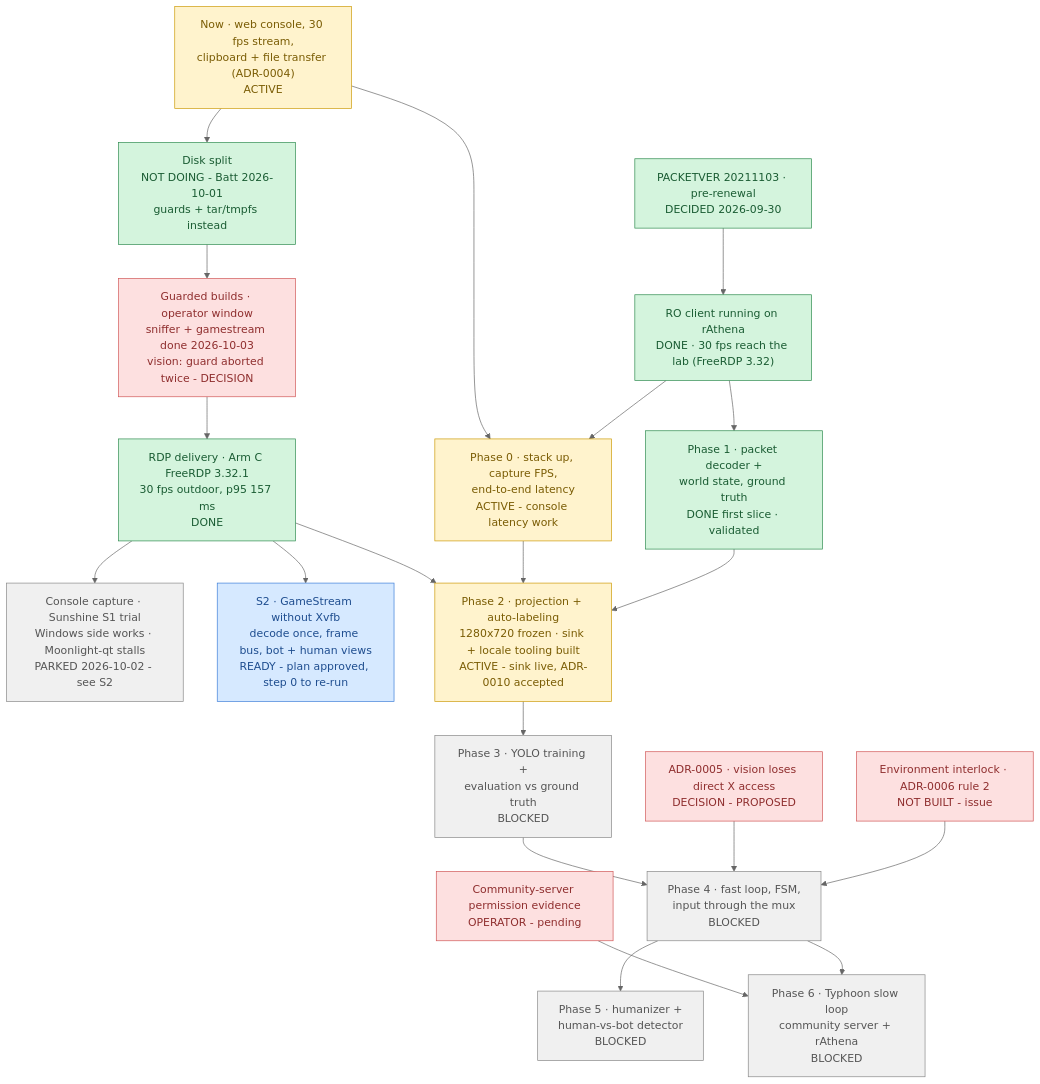
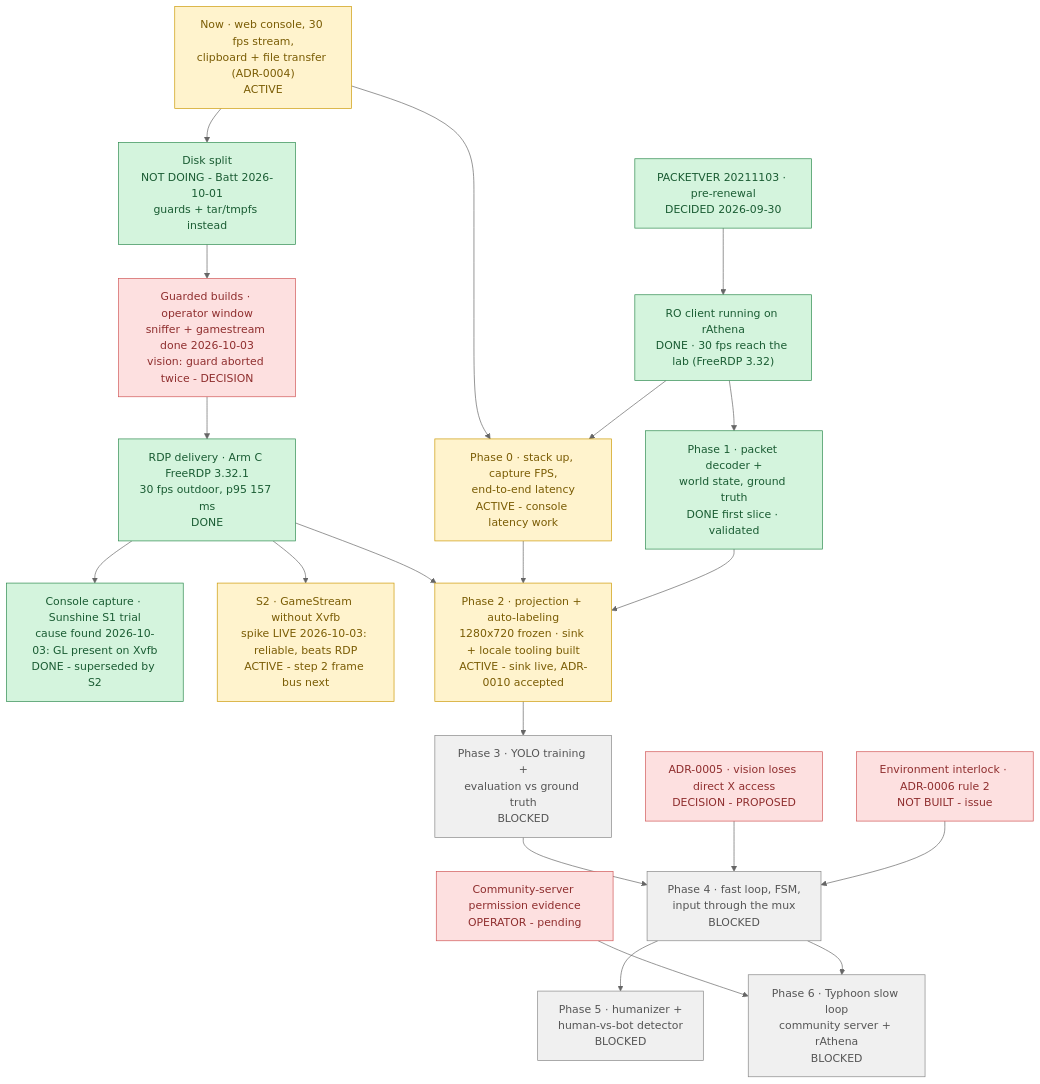
Before and after one commit to lumduan/poring-lab: the diagram in docs/ROADMAP.md, drawn with Mermaid (neutral theme). The commit also changed other lines of this file and 12 other files, not shown here.

````diff
--- a/docs/ROADMAP.md
+++ b/docs/ROADMAP.md
@@ -11,52 +11,51 @@
 ```mermaid
 flowchart TD
     N1["Now · web console, 30 fps stream,<br/>clipboard + file transfer (ADR-0004)<br/>ACTIVE"]
     N2["Disk split<br/>NOT DOING - Batt 2026-10-01<br/>guards + tar/tmpfs instead"]
     N3["Guarded builds · operator window<br/>sniffer + gamestream done 2026-10-03<br/>vision: guard aborted twice - DECISION"]
     D1["PACKETVER 20211103 · pre-renewal<br/>DECIDED 2026-09-30"]
     S1["RO client running on rAthena<br/>DONE · 30 fps reach the lab (FreeRDP 3.32)"]
     D2["ADR-0005 · vision loses direct X access<br/>DECISION - PROPOSED"]
     D3["Environment interlock · ADR-0006 rule 2<br/>NOT BUILT - issue"]
     E1["Community-server permission evidence<br/>OPERATOR - pending"]
     P0["Phase 0 · stack up, capture FPS,<br/>end-to-end latency<br/>ACTIVE - console latency work"]
     P1["Phase 1 · packet decoder +<br/>world state, ground truth<br/>DONE first slice · validated"]
     H1["RDP delivery · Arm C FreeRDP 3.32.1<br/>30 fps outdoor, p95 157 ms<br/>DONE"]
-    C1["Console capture · Sunshine S1 trial<br/>Windows side works · Moonlight-qt stalls<br/>PARKED 2026-10-02 - see S2"]
-    S2["S2 · GameStream without Xvfb<br/>decode once, frame bus, bot + human views<br/>READY - plan approved, step 0 to re-run"]
+    C1["Console capture · Sunshine S1 trial<br/>cause found 2026-10-03: GL present on Xvfb<br/>DONE - superseded by S2"]
+    S2["S2 · GameStream without Xvfb<br/>spike LIVE 2026-10-03: reliable, beats RDP<br/>ACTIVE - step 2 frame bus next"]
     P2["Phase 2 · projection + auto-labeling<br/>1280x720 frozen · sink + locale tooling built<br/>ACTIVE - sink live, ADR-0010 accepted"]
     P3["Phase 3 · YOLO training +<br/>evaluation vs ground truth<br/>BLOCKED"]
     P4["Phase 4 · fast loop, FSM,<br/>input through the mux<br/>BLOCKED"]
     P5["Phase 5 · humanizer +<br/>human-vs-bot detector<br/>BLOCKED"]
     P6["Phase 6 · Typhoon slow loop<br/>community server + rAthena<br/>BLOCKED"]
 
     N1 --> N2 --> N3
     N3 --> H1
     H1 --> C1
     H1 --> S2
     H1 --> P2
     D1 --> S1
     N1 --> P0
     S1 --> P0
     S1 --> P1
     P0 --> P2
     P1 --> P2
     P2 --> P3 --> P4
     D2 --> P4
     D3 --> P4
     E1 --> P6
     P4 --> P5
     P4 --> P6
 
     classDef done     fill:#d4f4dd,stroke:#2d8a4e,color:#1a5c33
     classDef active   fill:#fff3cd,stroke:#cc9a06,color:#7a5c04
     classDef ready    fill:#d6e9ff,stroke:#3b7dd8,color:#1e4d8f
     classDef blocked  fill:#f0f0f0,stroke:#888,color:#555
     classDef decision fill:#fde0e0,stroke:#d05555,color:#8f2e2e
     classDef goal     fill:#ede0fb,stroke:#8a5cd8,color:#4d2e8f
 
-    class D1,S1,P1,N2,H1 done
-    class N1,P0,P2 active
-    class S2 ready
+    class D1,S1,P1,N2,H1,C1 done
+    class N1,P0,P2,S2 active
     class D2,D3,E1,N3 decision
-    class P3,P4,P5,P6,C1 blocked
+    class P3,P4,P5,P6 blocked
 ```
````
